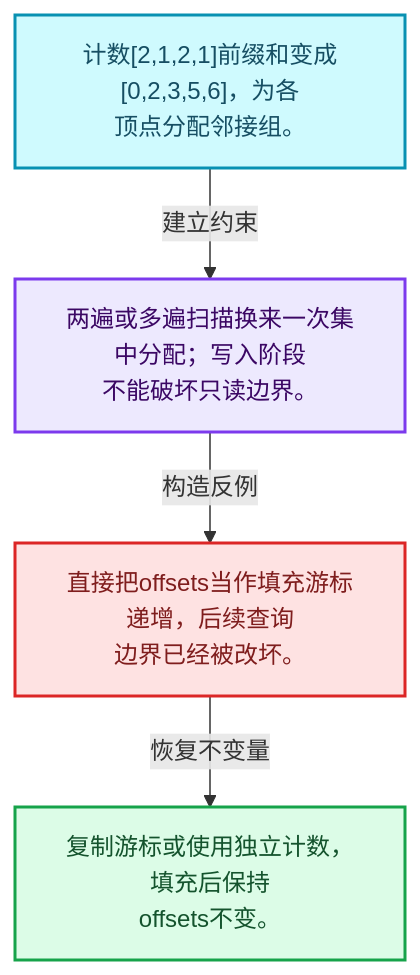
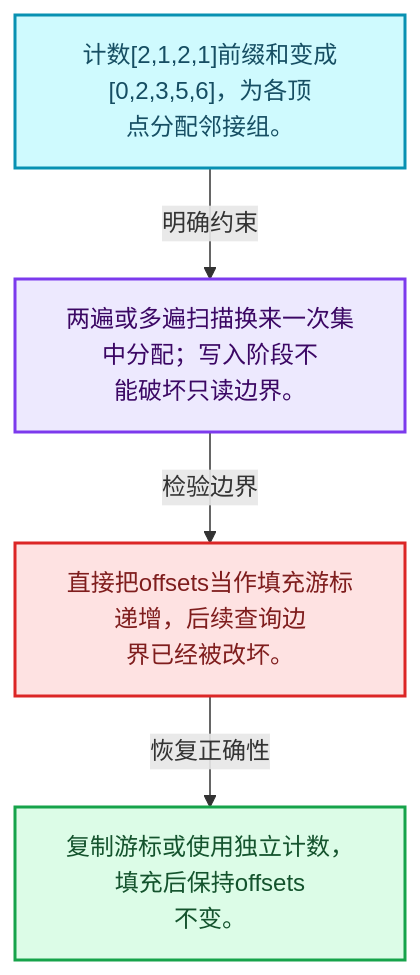
Before and after one commit to yunkezengren/blender-.vscode: the first of 4 diagrams in 杂/markdown/全面学习-codex/05-几何存储与拓扑映射/05-邻接关系与前缀和.md, drawn with Mermaid. The commit also changed other lines of this file and 1930 other files, not shown here.

````diff
--- a/杂/markdown/全面学习-codex/05-几何存储与拓扑映射/05-邻接关系与前缀和.md
+++ b/杂/markdown/全面学习-codex/05-几何存储与拓扑映射/05-邻接关系与前缀和.md
@@ -29,16 +29,16 @@
 ```mermaid
 flowchart TB
-  M["计数[2,1,2,1]前缀和变成[0,2,3,5,6]，为各<br/>顶点分配邻接组。"]:::data
-  T["两遍或多遍扫描换来一次集中分配；写入阶段<br/>不能破坏只读边界。"]:::abstraction
-  X["直接把offsets当作填充游标递增，后续查询<br/>边界已经被改坏。"]:::error
-  A["复制游标或使用独立计数，填充后保持<br/>offsets不变。"]:::result
-  M -->|"建立约束"| T
-  T -->|"构造反例"| X
-  X -->|"恢复不变量"| A
+  M["计数[2,1,2,1]前缀和变成[0,2,3,5,6]，为各顶<br/>点分配邻接组。"]:::data
+  C["两遍或多遍扫描换来一次集中分配；写入阶段不<br/>能破坏只读边界。"]:::abstraction
+  B["直接把offsets当作填充游标递增，后续查询边<br/>界已经被改坏。"]:::error
+  R["复制游标或使用独立计数，填充后保持offsets<br/>不变。"]:::result
+  M -->|"明确约束"| C
+  C -->|"检验边界"| B
+  B -->|"恢复正确性"| R
   classDef input fill:#DBEAFE,stroke:#2563EB,color:#172554,stroke-width:2px;
   classDef data fill:#CFFAFE,stroke:#0891B2,color:#164E63,stroke-width:2px;
   classDef abstraction fill:#EDE9FE,stroke:#7C3AED,color:#3B0764,stroke-width:2px;
   classDef compute fill:#FEF3C7,stroke:#D97706,color:#78350F,stroke-width:2px;
   classDef result fill:#DCFCE7,stroke:#16A34A,color:#14532D,stroke-width:2px;
   classDef error fill:#FEE2E2,stroke:#DC2626,color:#7F1D1D,stroke-width:2px;
 ```
````
